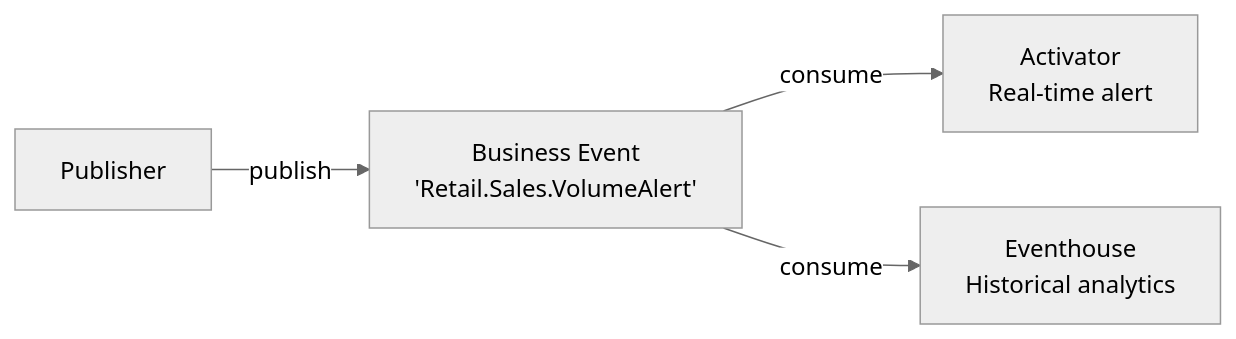
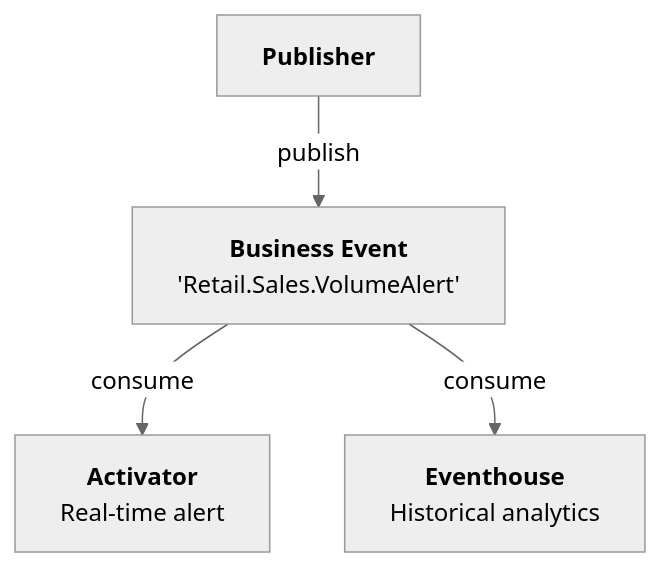
One commit to microsoft/fabric-events changed the second of 4 diagrams in docs/business-events/design-guides/multi-consumer-fanout.md. Above: the diagram before and after it, drawn with Mermaid (neutral theme). The commit also changed other lines of this file and 225 other files, not shown here.

First line of the commit message:
Publish public Business Events scenarios and refreshed documentation

````diff
--- a/docs/business-events/design-guides/multi-consumer-fanout.md
+++ b/docs/business-events/design-guides/multi-consumer-fanout.md
@@ -23,6 +29,11 @@
 ```mermaid
-flowchart LR
-    P[Publisher] -->|publish| BE[Business Event\n'Retail.Sales.VolumeAlert']
-    BE -->|consume| ACT[Activator\nReal-time alert]
-    BE -->|consume| EH[Eventhouse\nHistorical analytics]
+flowchart TB
+    P["<b>Publisher</b>"]
+    BE["<b>Business Event</b><br/>'Retail.Sales.VolumeAlert'"]
+    ACT["<b>Activator</b><br/>Real-time alert"]
+    EH["<b>Eventhouse</b><br/>Historical analytics"]
+
+    P -->|"publish"| BE
+    BE -->|"consume"| ACT
+    BE -->|"consume"| EH
 ```
````
